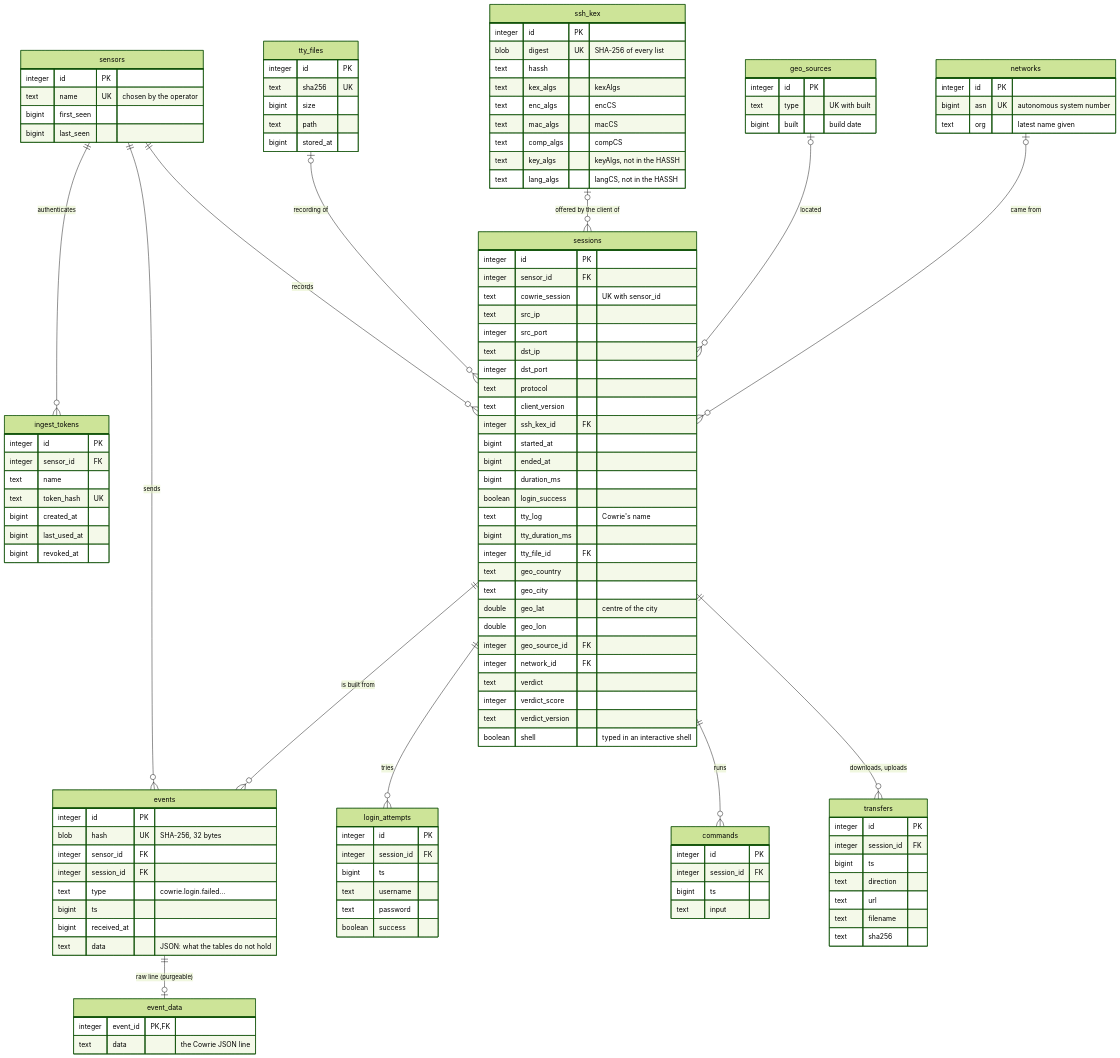
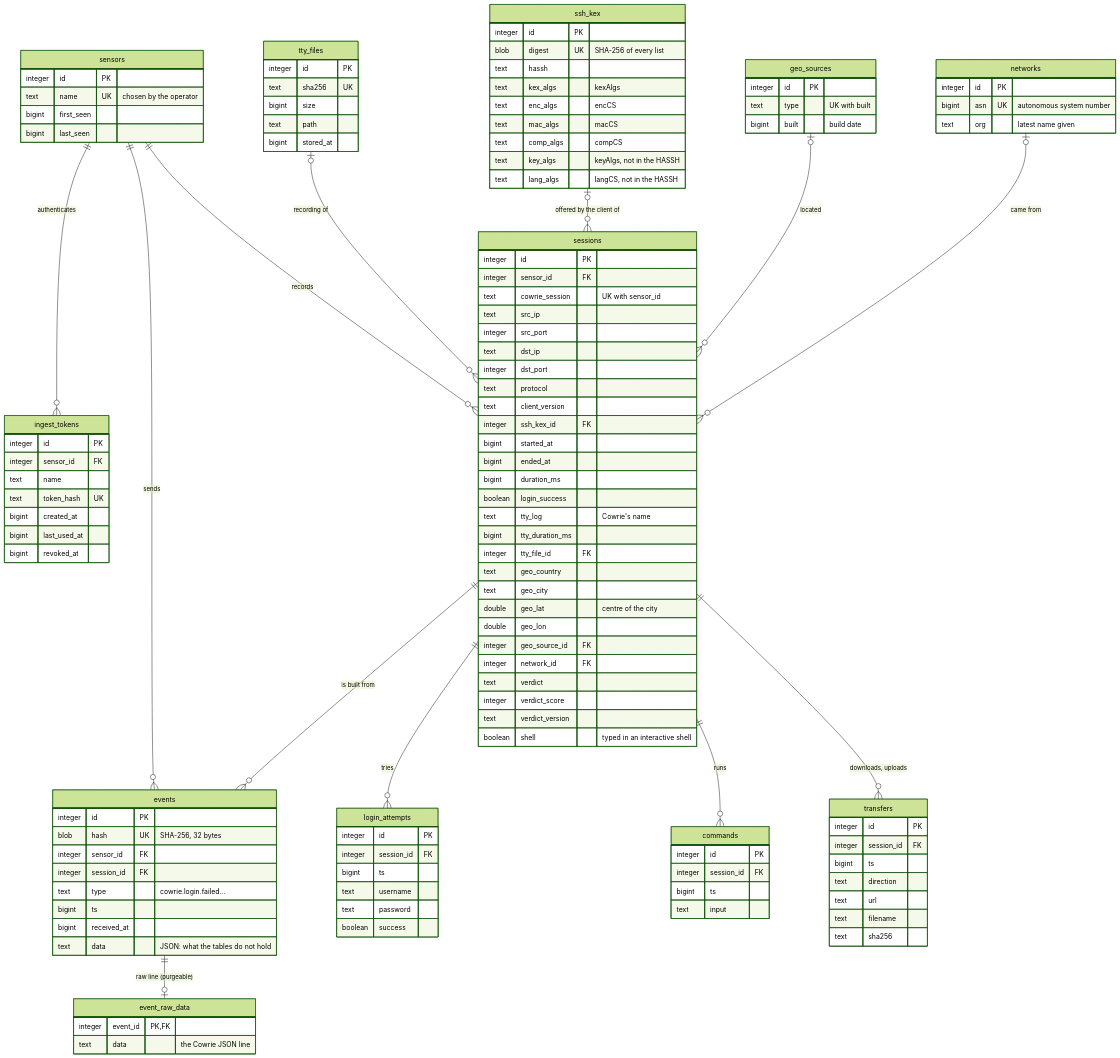
Before and after one commit to devleesch001/cauri: the first of 2 diagrams in docs/db.md, drawn with Mermaid (forest theme). The commit also changed other lines of this file and 23 other files, not shown here.

First line of the commit message:
feat(schema): raw lines in event_raw_data, kept for ever, N days or not at all

```diff
--- a/docs/db.md
+++ b/docs/db.md
@@ -61,7 +61,7 @@
     sensors ||--o{ sessions : "records"
     sensors ||--o{ events : "sends"
     sessions ||--o{ events : "is built from"
-    events ||--o| event_data : "raw line (purgeable)"
+    events ||--o| event_raw_data : "raw line (purgeable)"
     sessions ||--o{ login_attempts : "tries"
     sessions ||--o{ commands : "runs"
     sessions ||--o{ transfers : "downloads, uploads"
@@ -124,7 +124,7 @@
         bigint received_at
         text data "JSON: what the tables do not hold"
     }
-    event_data {
+    event_raw_data {
         integer event_id PK, FK
         text data "the Cowrie JSON line"
     }
```
